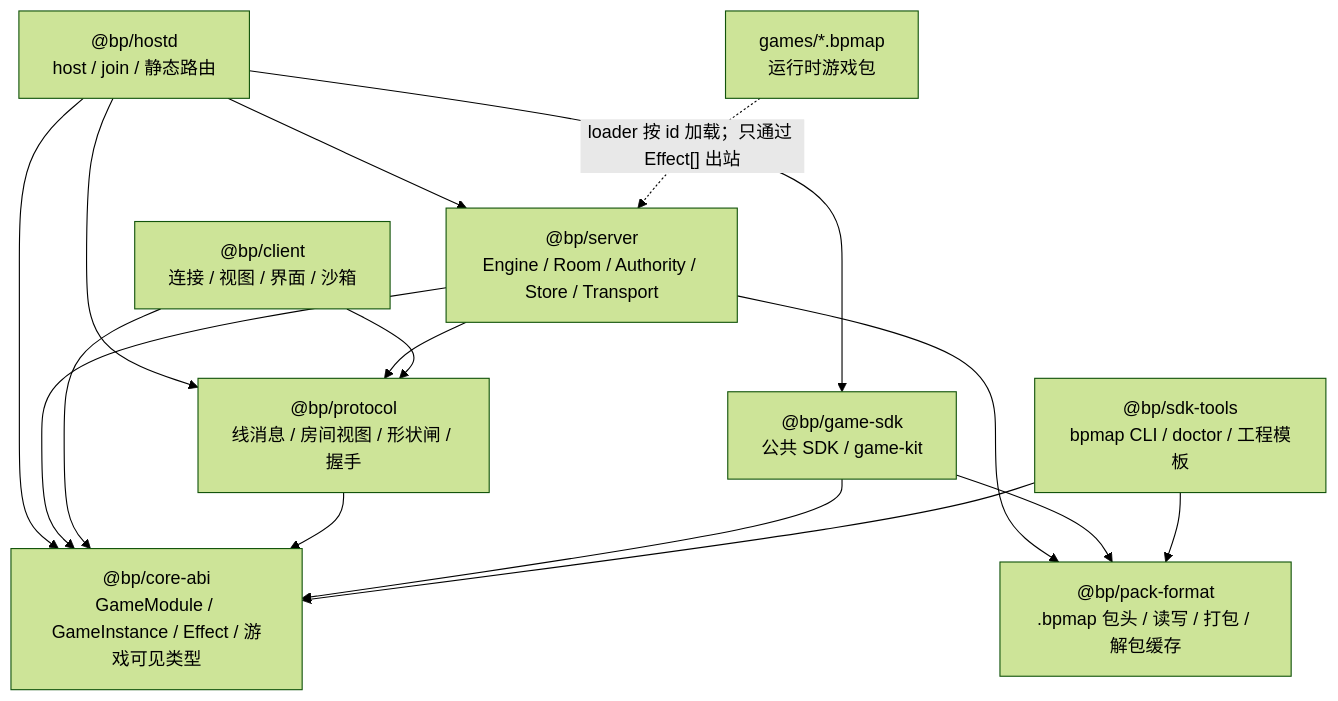
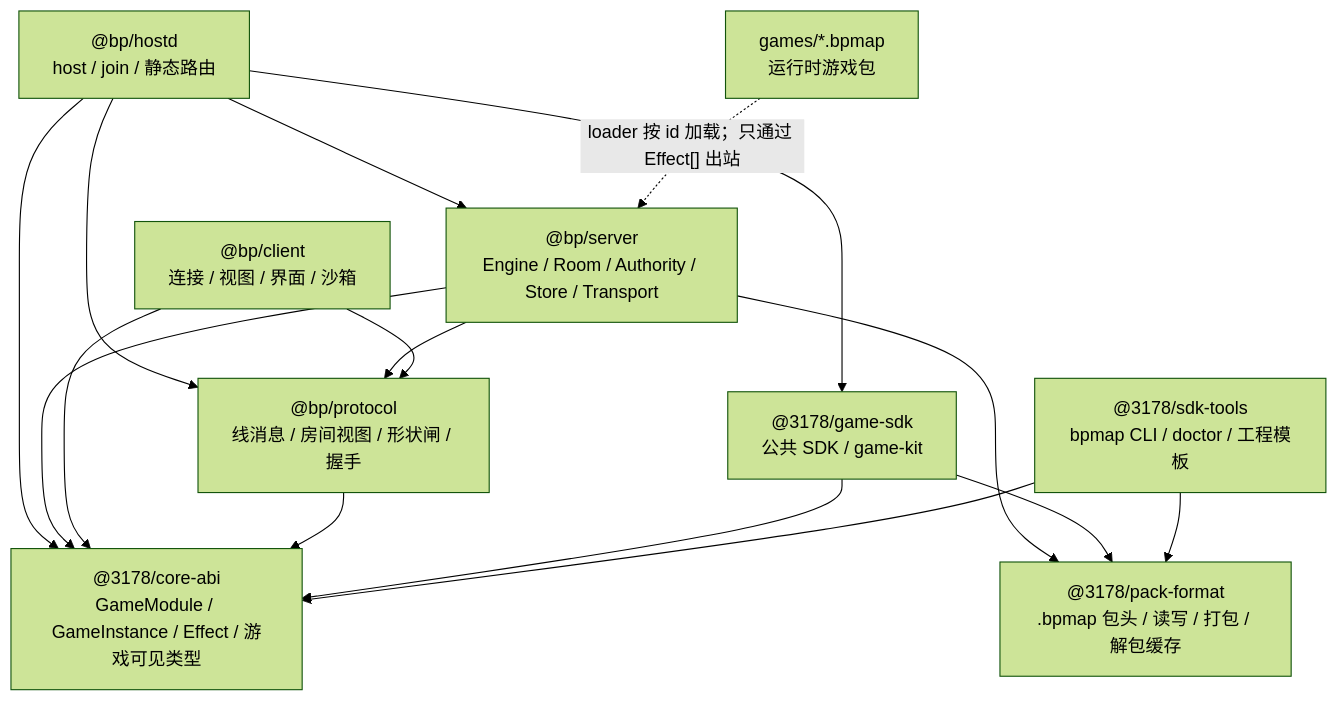
One commit to Lizardon386/3178-battle-platform changed the sixth of 6 diagrams in DESIGN.md. Above: the diagram before and after it, drawn with Mermaid (forest theme). The commit also changed other lines of this file and 57 other files, not shown here.

````diff
--- a/DESIGN.md
+++ b/DESIGN.md
@@ -278,27 +278,27 @@
 ```mermaid
 flowchart TD
-  A["@bp/core-abi<br/>GameModule / GameInstance / Effect / 游戏可见类型"]
+  A["@3178/core-abi<br/>GameModule / GameInstance / Effect / 游戏可见类型"]
   P["@bp/protocol<br/>线消息 / 房间视图 / 形状闸 / 握手"]
-  F["@bp/pack-format<br/>.bpmap 包头 / 读写 / 打包 / 解包缓存"]
-  K["@bp/game-sdk<br/>公共 SDK / game-kit"]
-  T["@bp/sdk-tools<br/>bpmap CLI / doctor / 工程模板"]
+  F["@3178/pack-format<br/>.bpmap 包头 / 读写 / 打包 / 解包缓存"]
+  K["@3178/game-sdk<br/>公共 SDK / game-kit"]
+  T["@3178/sdk-tools<br/>bpmap CLI / doctor / 工程模板"]
   S["@bp/server<br/>Engine / Room / Authority / Store / Transport"]
   C["@bp/client<br/>连接 / 视图 / 界面 / 沙箱"]
   H["@bp/hostd<br/>host / join / 静态路由"]
   G["games/*.bpmap<br/>运行时游戏包"]
   H --> S
   H --> P
   H --> A
   H --> K
   S --> A
   S --> P
   S --> F
   C --> A
   C --> P
   P --> A
   K --> A
   K --> F
   T --> A
   T --> F
   G -. "loader 按 id 加载；只通过 Effect[] 出站" .-> S
 ```
````
